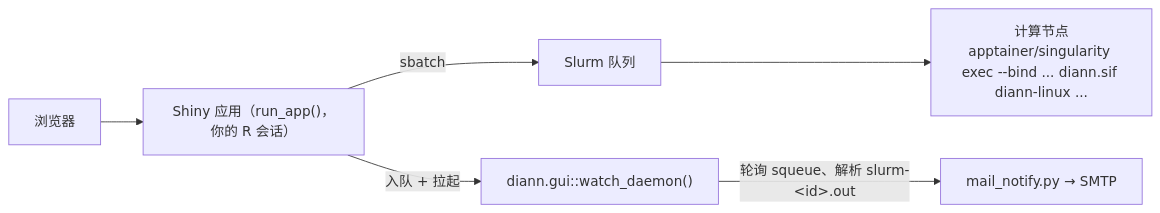
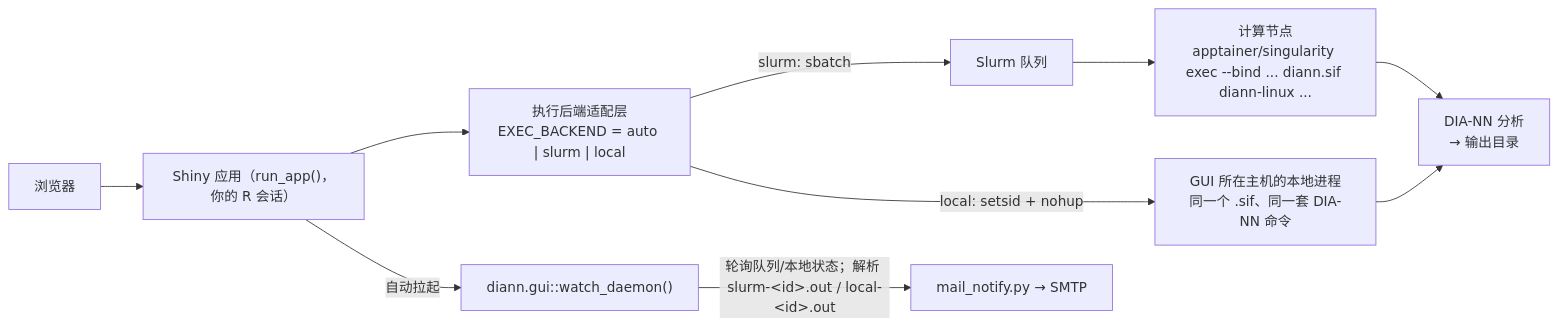
The diagram in README.zh-CN.md (zhangdong360/diann-gui), drawn with Mermaid before and after one commit. The commit also changed other lines of this file and 5 other files, not shown here.

Commit message:
v1.12: documentation and release metadata (optional Slurm backend / local mode)

````diff
--- a/README.zh-CN.md
+++ b/README.zh-CN.md
@@ -81,8 +96,12 @@
 ```mermaid
 flowchart LR
     B[浏览器] --> SS["Shiny 应用（run_app()，你的 R 会话）"]
-    SS -->|"sbatch"| Q[Slurm 队列]
+    SS --> AD["执行后端适配层<br/>EXEC_BACKEND = auto | slurm | local"]
+    AD -->|"slurm: sbatch"| Q[Slurm 队列]
     Q --> CN["计算节点<br/>apptainer/singularity exec --bind ... diann.sif diann-linux ..."]
-    SS -->|"入队 + 拉起"| W["diann.gui::watch_daemon()"]
-    W -->|"轮询 squeue、解析 slurm-&lt;id&gt;.out"| M["mail_notify.py → SMTP"]
+    AD -->|"local: setsid + nohup"| LP["GUI 所在主机的本地进程<br/>同一个 .sif、同一套 DIA-NN 命令"]
+    CN --> DN["DIA-NN 分析<br/>→ 输出目录"]
+    LP --> DN
+    SS -->|"自动拉起"| W["diann.gui::watch_daemon()"]
+    W -->|"轮询队列/本地状态；解析 slurm-&lt;id&gt;.out / local-&lt;id&gt;.out"| M["mail_notify.py → SMTP"]
 ```
````
